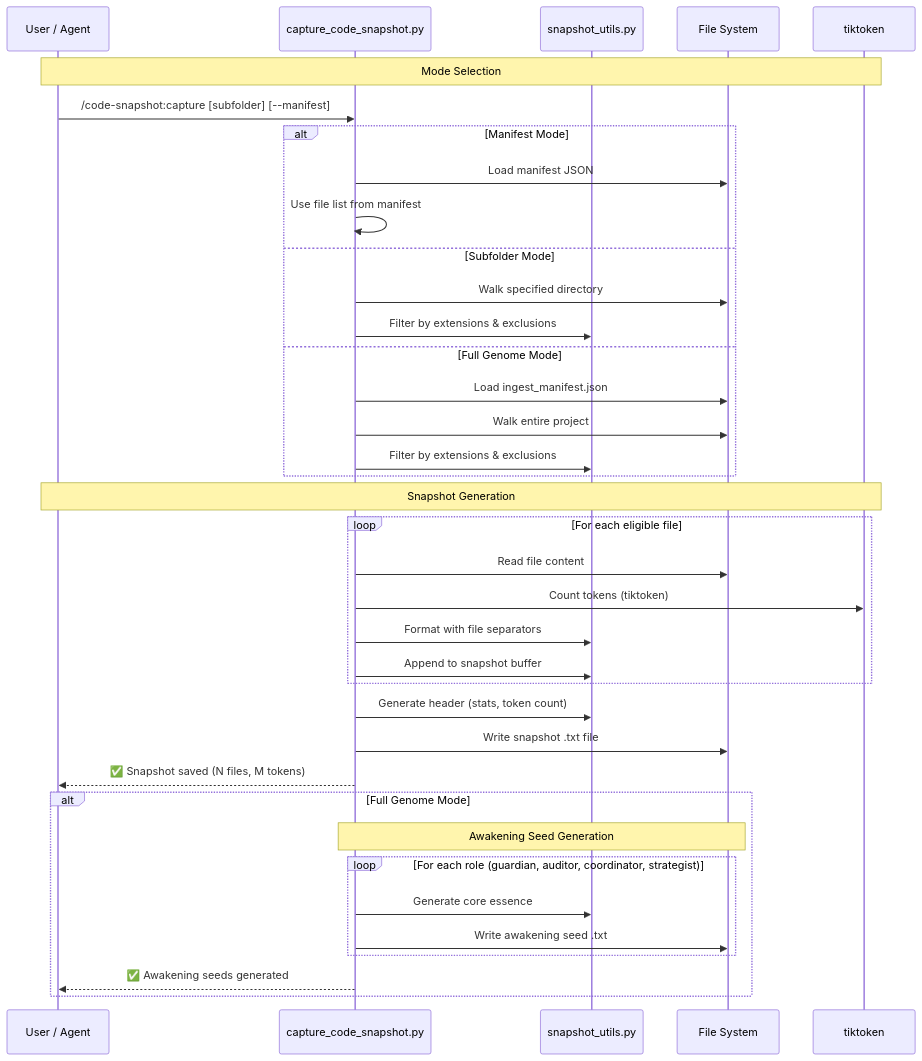
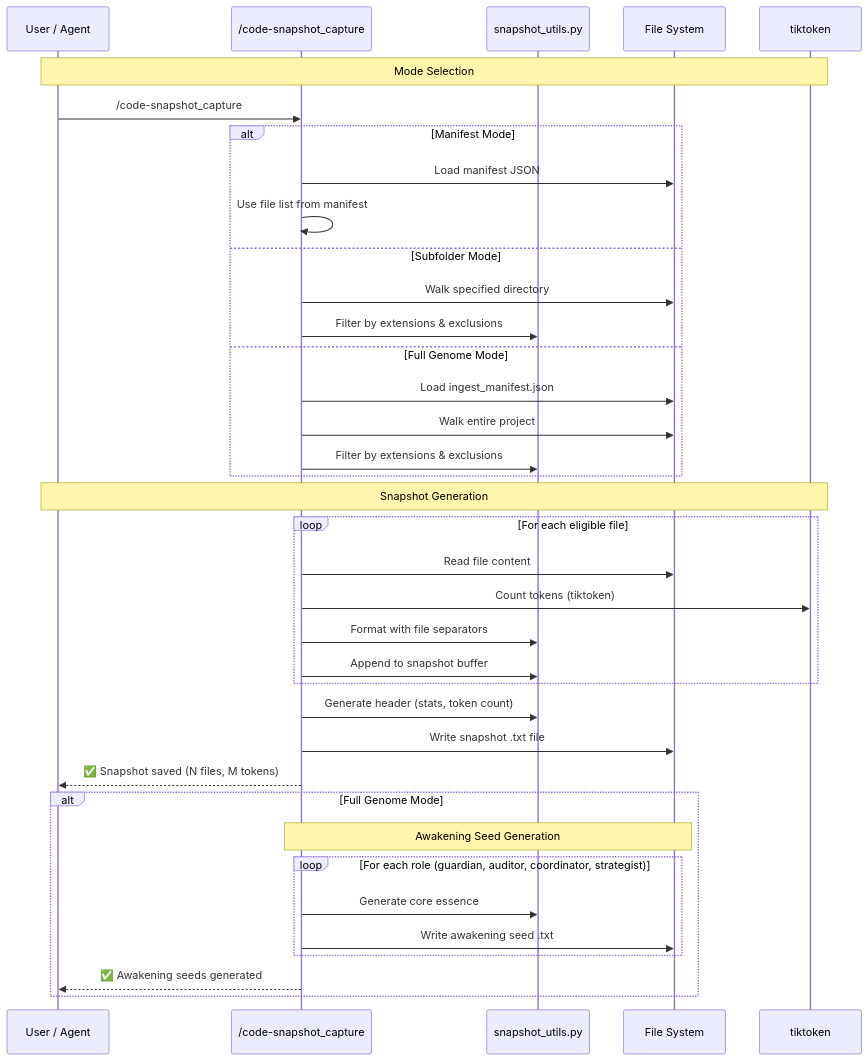
One commit to richfrem/InvestmentToolkit changed the diagram in plugins/code-snapshot/docs/code-snapshot-workflow.mmd. Above: the diagram before and after it, drawn with Mermaid. The commit also changed 442 other files, not shown here.

```diff
--- a/plugins/code-snapshot/docs/code-snapshot-workflow.mmd
+++ b/plugins/code-snapshot/docs/code-snapshot-workflow.mmd
@@ -1,44 +1,44 @@
 sequenceDiagram
     participant User as User / Agent
-    participant Script as capture_code_snapshot.py
+    participant Script as /code-snapshot_capture
     participant Utils as snapshot_utils.py
     participant FS as File System
     participant TK as tiktoken
 
     Note over User, TK: Mode Selection
 
-    User->>Script: /code-snapshot:capture [subfolder] [--manifest]
+    User->>Script: /code-snapshot_capture
 
     alt Manifest Mode
         Script->>FS: Load manifest JSON
         Script->>Script: Use file list from manifest
     else Subfolder Mode
         Script->>FS: Walk specified directory
         Script->>Utils: Filter by extensions & exclusions
     else Full Genome Mode
         Script->>FS: Load ingest_manifest.json
         Script->>FS: Walk entire project
         Script->>Utils: Filter by extensions & exclusions
     end
 
     Note over User, TK: Snapshot Generation
 
     loop For each eligible file
         Script->>FS: Read file content
         Script->>TK: Count tokens (tiktoken)
         Script->>Utils: Format with file separators
         Script->>Utils: Append to snapshot buffer
     end
 
     Script->>Utils: Generate header (stats, token count)
     Script->>FS: Write snapshot .txt file
     Script-->>User: ✅ Snapshot saved (N files, M tokens)
 
     alt Full Genome Mode
         Note over Script, FS: Awakening Seed Generation
         loop For each role (guardian, auditor, coordinator, strategist)
             Script->>Utils: Generate core essence
             Script->>FS: Write awakening seed .txt
         end
         Script-->>User: ✅ Awakening seeds generated
     end
```
